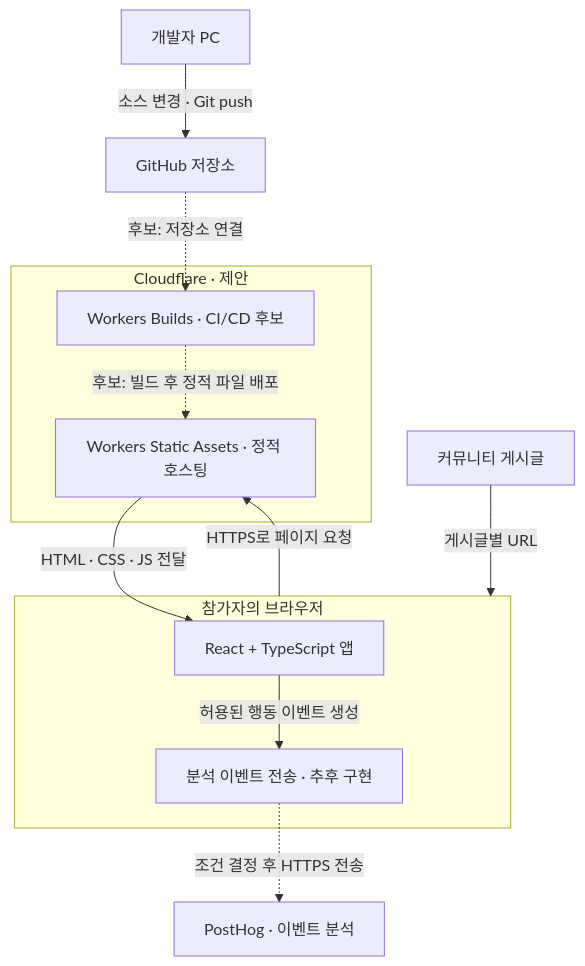
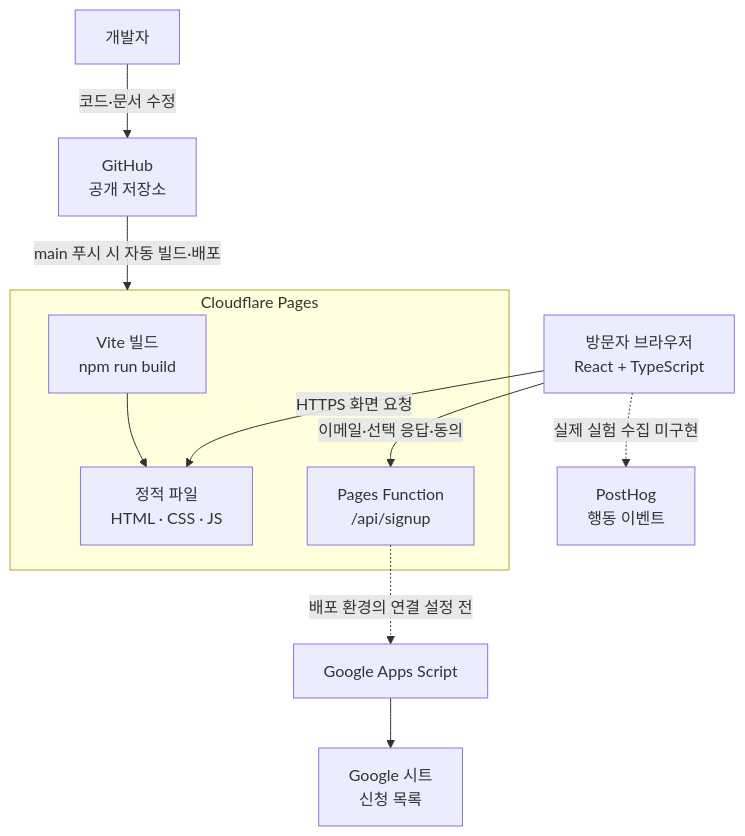
One commit to HelloMyMe-M1-2/contest-feedback-landing changed the diagram in docs/technical-architecture.md. Above: the diagram before and after it, drawn with Mermaid. The commit also changed other lines of this file and 13 other files, not shown here.

````diff
--- a/docs/technical-architecture.md
+++ b/docs/technical-architecture.md
@@ -13,27 +7,16 @@
 ```mermaid
 flowchart TB
-  Dev["개발자 PC"]
-  GitHub["GitHub 저장소"]
-
-  subgraph Cloudflare["Cloudflare · 제안"]
-    Build["Workers Builds · CI/CD 후보"]
-    Hosting["Workers Static Assets · 정적 호스팅"]
+  Dev["개발자"] -->|"코드·문서 수정"| GH["GitHub<br/>공개 저장소"]
+  GH -->|"main 푸시 시 자동 빌드·배포"| CF
+  subgraph CF["Cloudflare Pages"]
+    Build["Vite 빌드<br/>npm run build"]
+    Web["정적 파일<br/>HTML · CSS · JS"]
+    API["Pages Function<br/>/api/signup"]
+    Build --> Web
   end
-
-  subgraph Client["참가자의 브라우저"]
-    React["React + TypeScript 앱"]
-    SDK["분석 이벤트 전송 · 추후 구현"]
-  end
-
-  Community["커뮤니티 게시글"]
-  PostHog["PostHog · 이벤트 분석"]
-
-  Dev -->|"소스 변경 · Git push"| GitHub
-  GitHub -.->|"후보: 저장소 연결"| Build
-  Build -.->|"후보: 빌드 후 정적 파일 배포"| Hosting
-  Community -->|"게시글별 URL"| Client
-  Client -->|"HTTPS로 페이지 요청"| Hosting
-  Hosting -->|"HTML · CSS · JS 전달"| React
-  React -->|"허용된 행동 이벤트 생성"| SDK
-  SDK -.->|"조건 결정 후 HTTPS 전송"| PostHog
+  User["방문자 브라우저<br/>React + TypeScript"] -->|"HTTPS 화면 요청"| Web
+  User -->|"이메일·선택 응답·동의"| API
+  API -. "배포 환경의 연결 설정 전" .-> GAS["Google Apps Script"]
+  GAS --> Sheet["Google 시트<br/>신청 목록"]
+  User -. "실제 실험 수집 미구현" .-> PH["PostHog<br/>행동 이벤트"]
 ```
````
